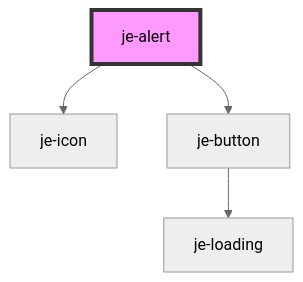
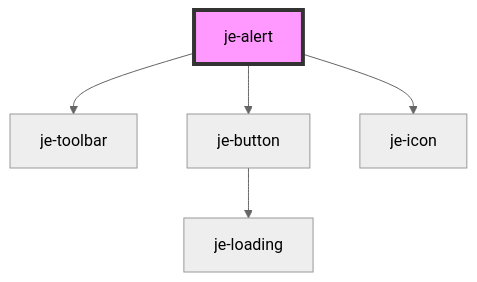
One commit to pgreen00/jebamo changed the diagram in packages/core/src/docs/components/je-alert/readme.md. Above: the diagram before and after it, drawn with Mermaid (neutral theme). The commit also changed other lines of this file and 32 other files, not shown here.

Commit message:
input mask work, button refactor, alert refactor

````diff
--- a/packages/core/src/docs/components/je-alert/readme.md
+++ b/packages/core/src/docs/components/je-alert/readme.md
@@ -135,7 +138,8 @@
 ```mermaid
 graph TD;
+  je-alert --> je-toolbar
+  je-alert --> je-button
   je-alert --> je-icon
-  je-alert --> je-button
   je-button --> je-loading
   style je-alert fill:#f9f,stroke:#333,stroke-width:4px
 ```
````
